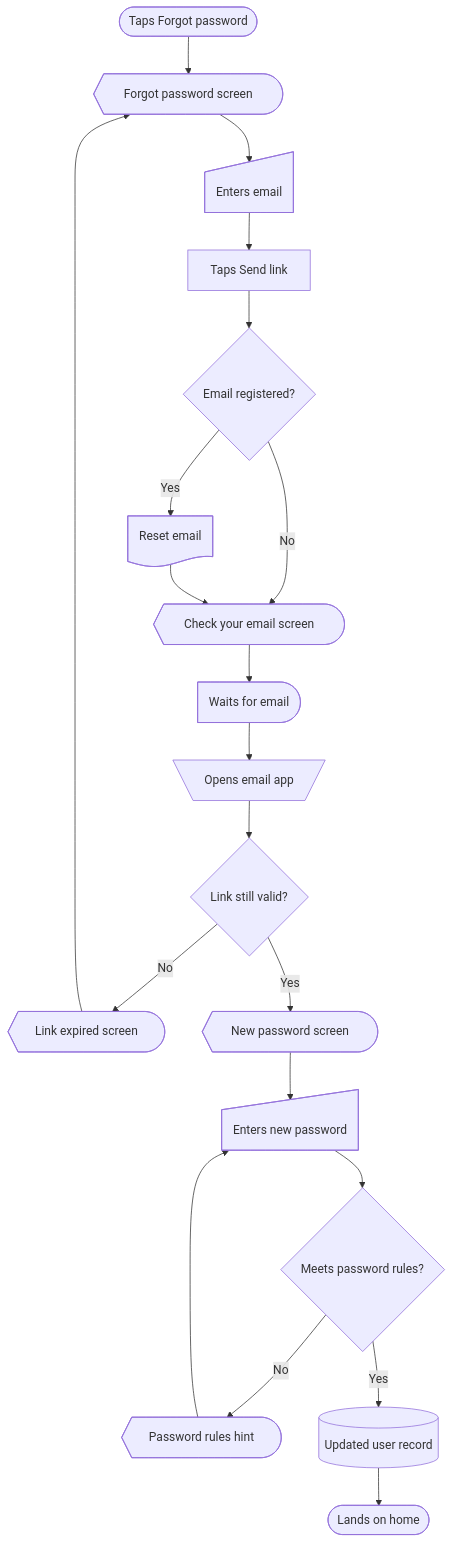
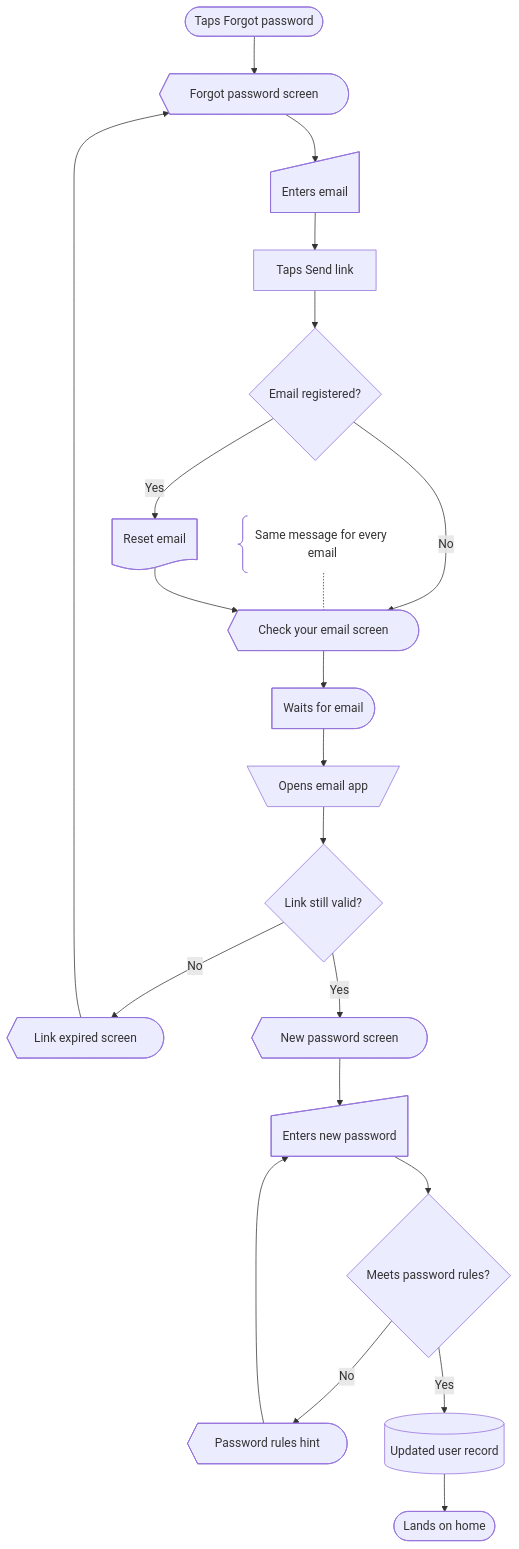
The sixth of 7 diagrams in references/flows.md (yoursharif/mermaid-userflow-diagram), drawn with Mermaid before and after one commit. The commit also changed other lines of this file and 1 other file, not shown here.

First line of the commit message:
Add a note example to diagrams and flows

````diff
--- a/references/flows.md
+++ b/references/flows.md
@@ -199,40 +201,42 @@
 ```mermaid
 flowchart TD
   startForgot@{ shape: stadium, label: "Taps Forgot password" }
   scrForgot@{ shape: curv-trap, label: "Forgot password screen" }
   inEmail@{ shape: sl-rect, label: "Enters email" }
   actSend@{ shape: rect, label: "Taps Send link" }
   decKnown@{ shape: diam, label: "Email registered?" }
   docReset@{ shape: doc, label: "Reset email" }
   scrCheck@{ shape: curv-trap, label: "Check your email screen" }
+  noteSame@{ shape: brace, label: "Same message for every email" }
   waitEmail@{ shape: delay, label: "Waits for email" }
   manOpenEmail@{ shape: trap-t, label: "Opens email app" }
   decLink@{ shape: diam, label: "Link still valid?" }
   scrExpired@{ shape: curv-trap, label: "Link expired screen" }
   scrNewPassword@{ shape: curv-trap, label: "New password screen" }
   inNewPassword@{ shape: sl-rect, label: "Enters new password" }
   decRules@{ shape: diam, label: "Meets password rules?" }
   scrRules@{ shape: curv-trap, label: "Password rules hint" }
   dbUser@{ shape: cyl, label: "Updated user record" }
   exitHome@{ shape: stadium, label: "Lands on home" }
 
   startForgot --> scrForgot
   scrForgot --> inEmail
   inEmail --> actSend
   actSend --> decKnown
   decKnown -->|Yes| docReset
   decKnown -->|No| scrCheck
+  noteSame -.- scrCheck
   docReset --> scrCheck
   scrCheck --> waitEmail
   waitEmail --> manOpenEmail
   manOpenEmail --> decLink
   decLink -->|No| scrExpired
   decLink -->|Yes| scrNewPassword
   scrExpired --> scrForgot
   scrNewPassword --> inNewPassword
   inNewPassword --> decRules
   decRules -->|No| scrRules
   decRules -->|Yes| dbUser
   scrRules --> inNewPassword
   dbUser --> exitHome
 ```
````
